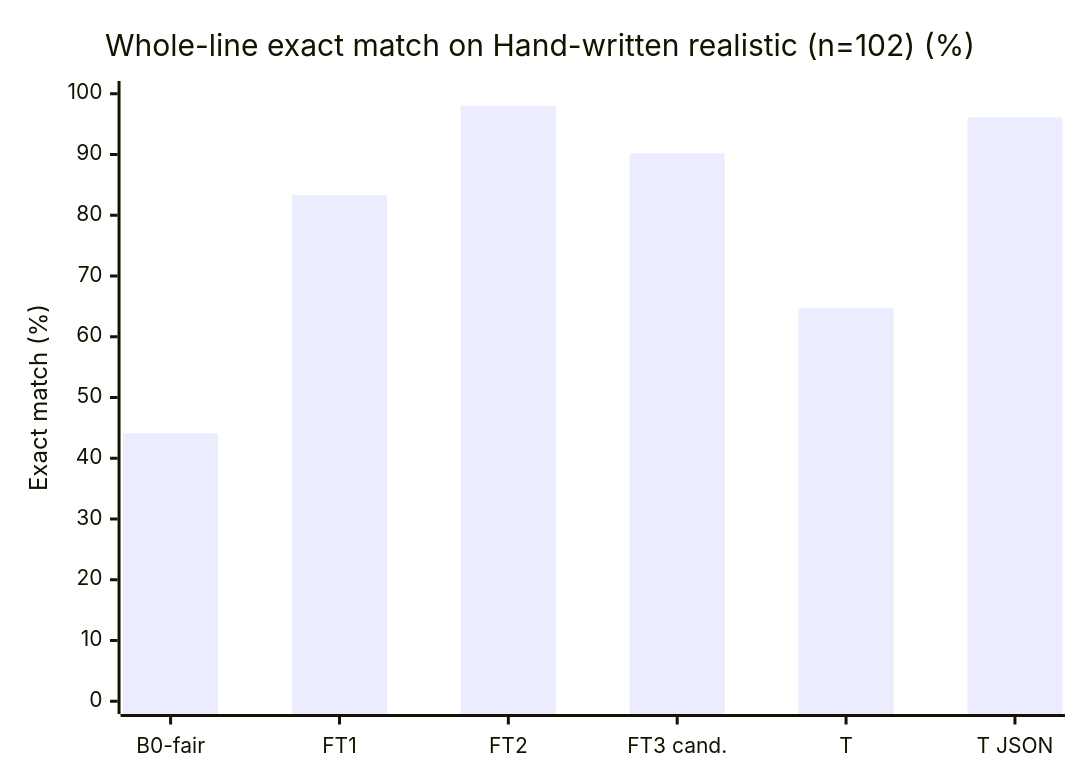
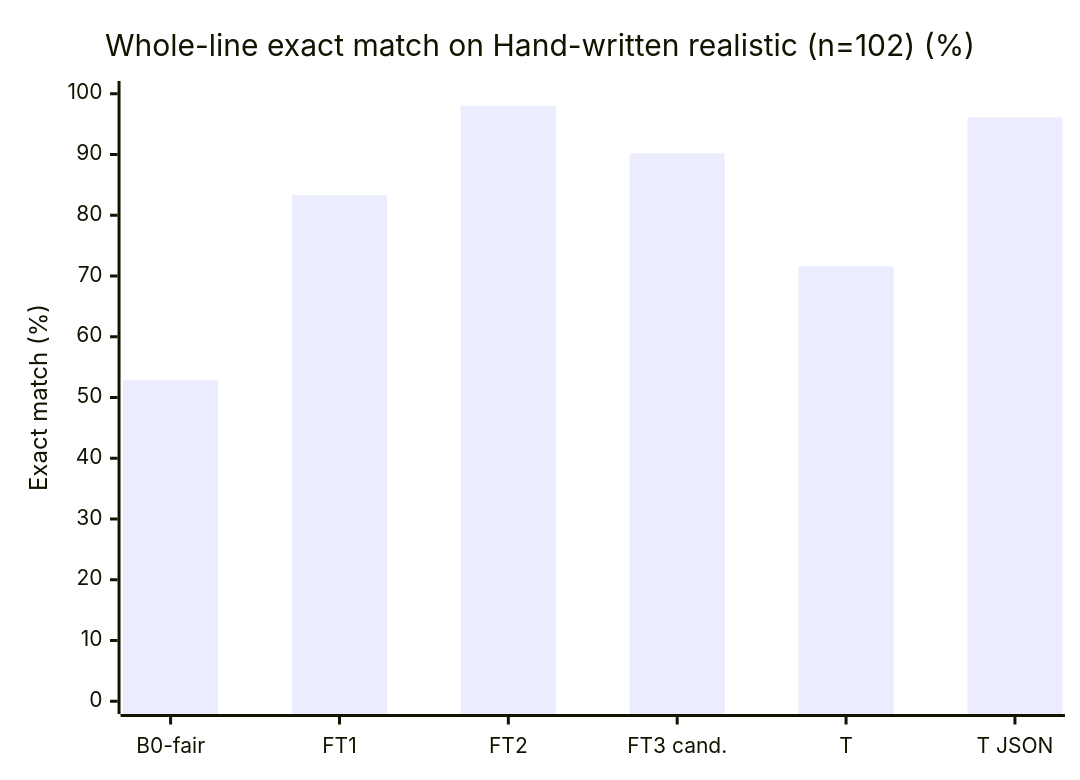
The first of 4 diagrams in eval/results.md (Vedant817/aaji-pill-clerk), drawn with Mermaid before and after one commit. The commit also changed other lines of this file and 40 other files, not shown here.

````diff
--- a/eval/results.md
+++ b/eval/results.md
@@ -178,7 +184,7 @@
 ```mermaid
 xychart-beta
     title "Whole-line exact match on Hand-written realistic (n=102) (%)"
     x-axis ["B0-fair", "FT1", "FT2", "FT3 cand.", "T", "T JSON"]
     y-axis "Exact match (%)" 0 --> 100
-    bar [44.1, 83.3, 98.0, 90.2, 64.7, 96.1]
+    bar [52.9, 83.3, 98.0, 90.2, 71.6, 96.1]
 ```
````
